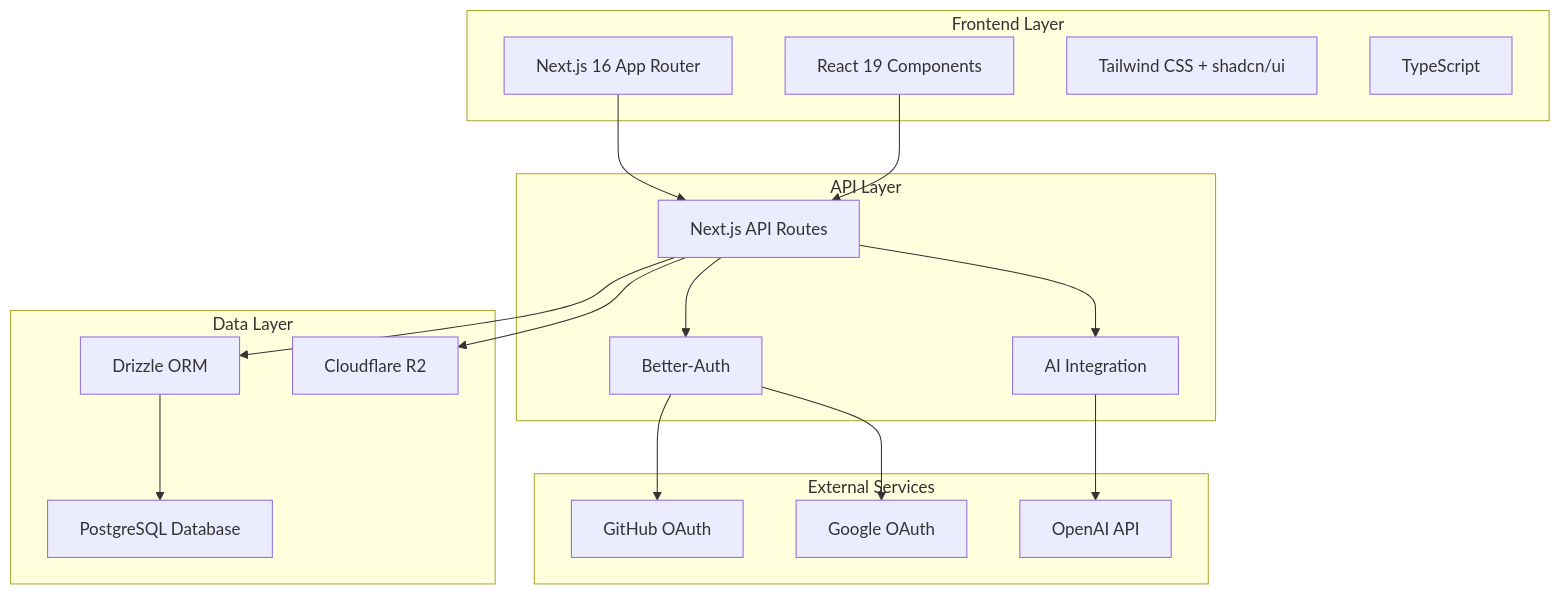
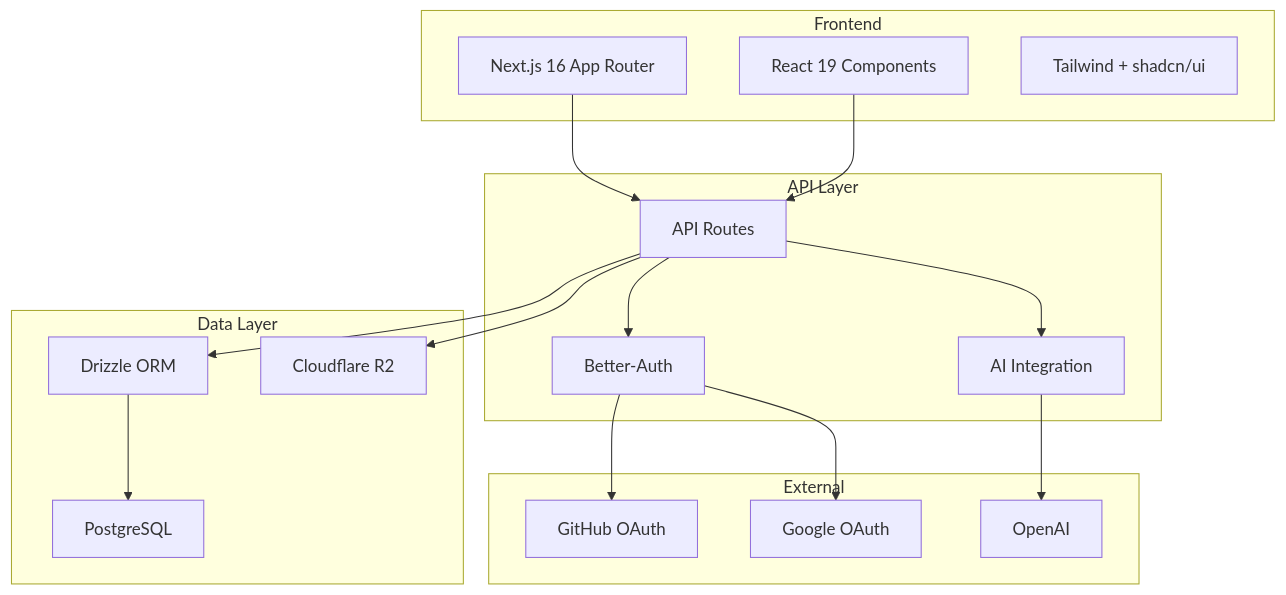
Before and after one commit to nuclom/nuclom: the diagram in docs/internal/architecture/README.md, drawn with Mermaid. The commit also changed other lines of this file and 9 other files, not shown here.

````diff
--- a/docs/internal/architecture/README.md
+++ b/docs/internal/architecture/README.md
@@ -7,38 +9,33 @@
 ```mermaid
 graph TB
-    subgraph "Frontend Layer"
+    subgraph "Frontend"
         A[Next.js 16 App Router]
         B[React 19 Components]
-        C[Tailwind CSS + shadcn/ui]
-        D[TypeScript]
+        C[Tailwind + shadcn/ui]
     end
 
     subgraph "API Layer"
-        E[Next.js API Routes]
-        F[Better-Auth]
-        G[AI Integration]
+        D[API Routes]
+        E[Better-Auth]
+        F[AI Integration]
     end
 
     subgraph "Data Layer"
-        H[PostgreSQL Database]
-        I[Drizzle ORM]
-        J[Cloudflare R2]
+        G[PostgreSQL]
+        H[Drizzle ORM]
+        I[Cloudflare R2]
     end
 
-    subgraph "External Services"
-        K[GitHub OAuth]
-        L[Google OAuth]
-        M[OpenAI API]
+    subgraph "External"
+        J[GitHub OAuth]
+        K[Google OAuth]
+        L[OpenAI]
     end
 
-    A --> E
-    B --> E
-    E --> F
-    E --> G
-    E --> I
-    F --> K
-    F --> L
-    G --> M
-    I --> H
-    E --> J
+    A --> D
+    B --> D
+    D --> E --> J & K
+    D --> F --> L
+    D --> H --> G
+    D --> I
 ```
````
